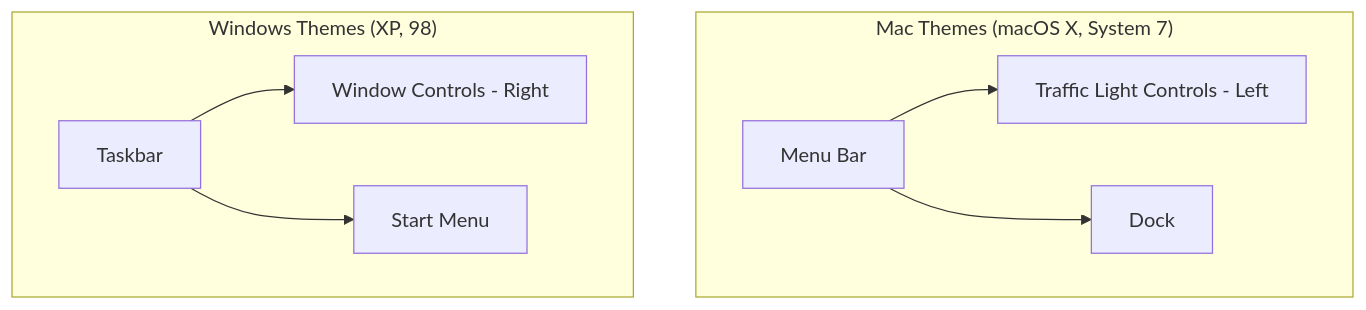
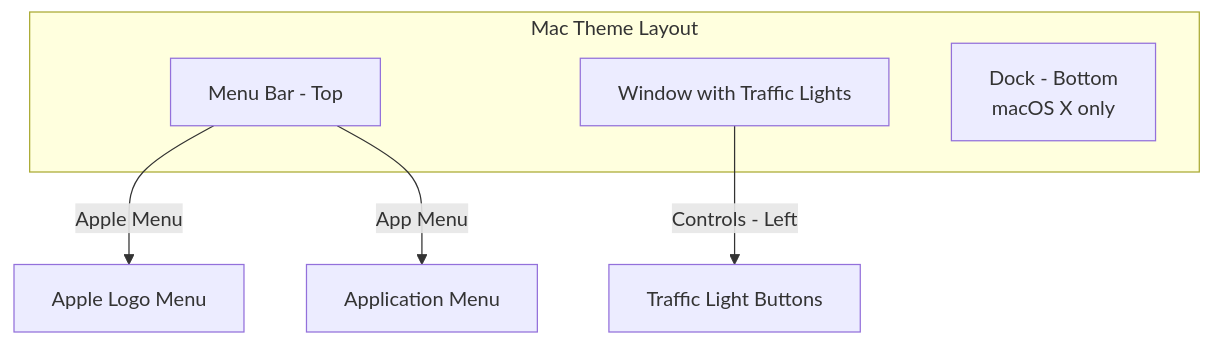
The third of 4 diagrams in docs/3.3-theme-system.md (ryokun6/ryos), drawn with Mermaid before and after one commit. The commit also changed other lines of this file and 48 other files, not shown here.

First line of the commit message:
Extend architecture documentation with comprehensive coverage

````diff
--- a/docs/3.3-theme-system.md
+++ b/docs/3.3-theme-system.md
@@ -44,11 +276,12 @@
 ```mermaid
 graph TD
-    subgraph Mac["Mac Themes (macOS X, System 7)"]
-        M1[Menu Bar] --> M2[Traffic Light Controls - Left]
-        M1 --> M3[Dock]
+    subgraph Mac["Mac Theme Layout"]
+        MB[Menu Bar - Top]
+        WIN[Window with Traffic Lights]
+        DOCK[Dock - Bottom<br/>macOS X only]
     end
-    subgraph Win["Windows Themes (XP, 98)"]
-        W1[Taskbar] --> W2[Window Controls - Right]
-        W1 --> W3[Start Menu]
-    end
+    
+    MB --> |Apple Menu| AM[Apple Logo Menu]
+    MB --> |App Menu| APP[Application Menu]
+    WIN --> |Controls - Left| TL[Traffic Light Buttons]
 ```
````
